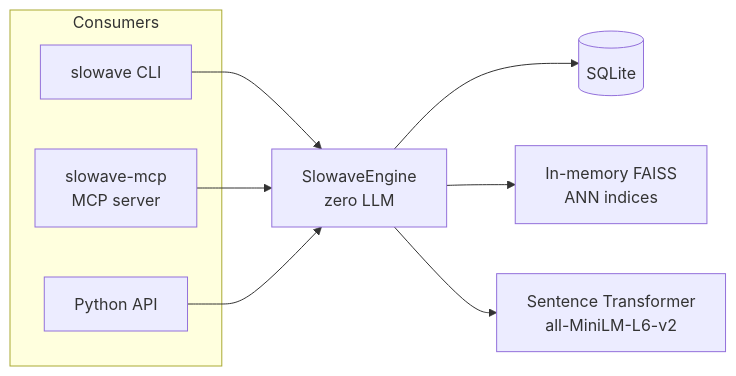
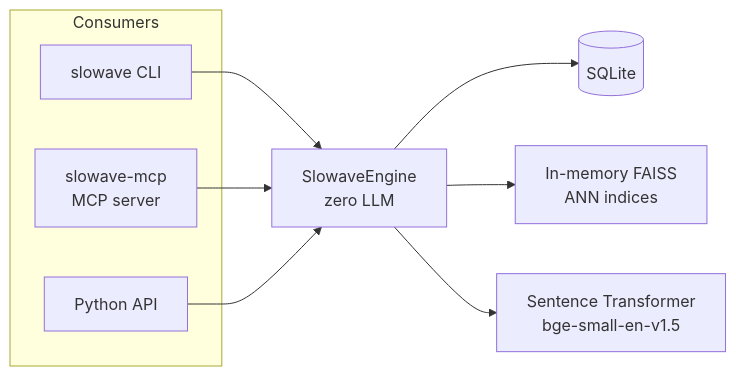
One commit to mrsalty/slowave changed diagram 14 of 15 in docs/architecture.md. Above: the diagram before and after it, drawn with Mermaid. The commit also changed other lines of this file and 16 other files, not shown here.

````diff
--- a/docs/architecture.md
+++ b/docs/architecture.md
@@ -1037,18 +1007,18 @@
 ```mermaid
 flowchart LR
     subgraph Consumers
         CLI[slowave CLI]
         MCP[slowave-mcp<br/>MCP server]
         PY[Python API]
     end
     ENGINE[SlowaveEngine<br/>zero LLM]
     DB[(SQLite)]
     FAISS[In-memory FAISS<br/>ANN indices]
-    ENCODER[Sentence Transformer<br/>all-MiniLM-L6-v2]
+    ENCODER[Sentence Transformer<br/>bge-small-en-v1.5]
     CLI --> ENGINE
     MCP --> ENGINE
     PY --> ENGINE
     ENGINE --> DB
     ENGINE --> FAISS
     ENGINE --> ENCODER
 ```
````
